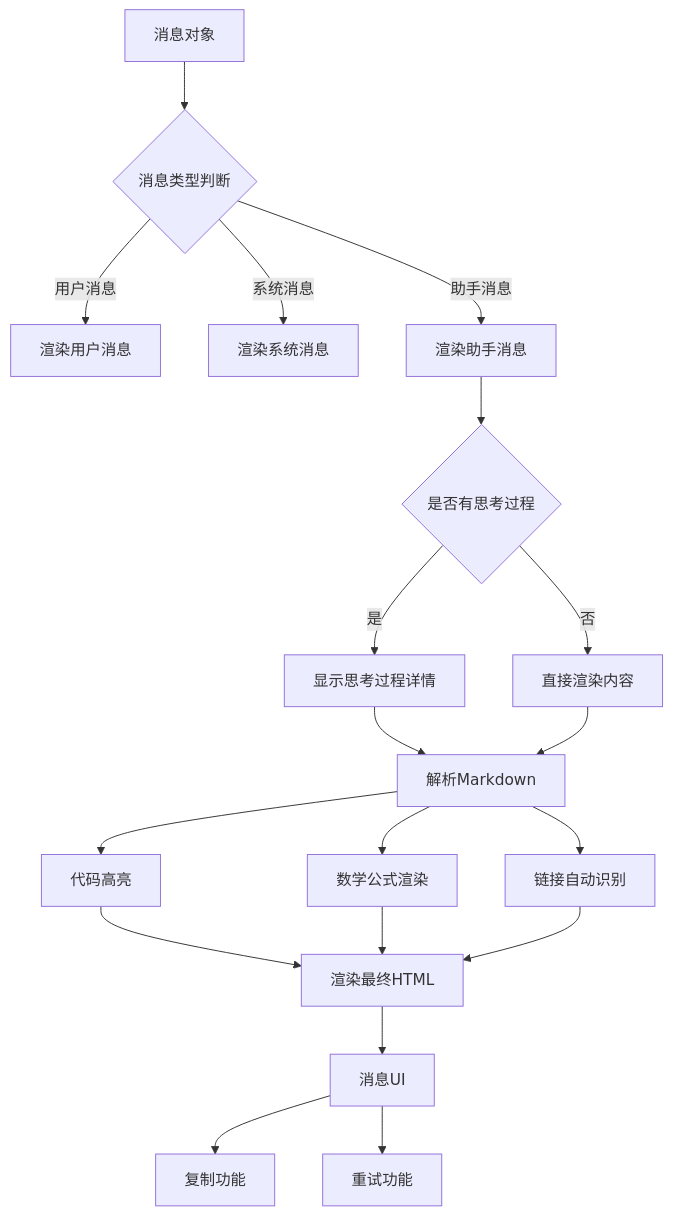
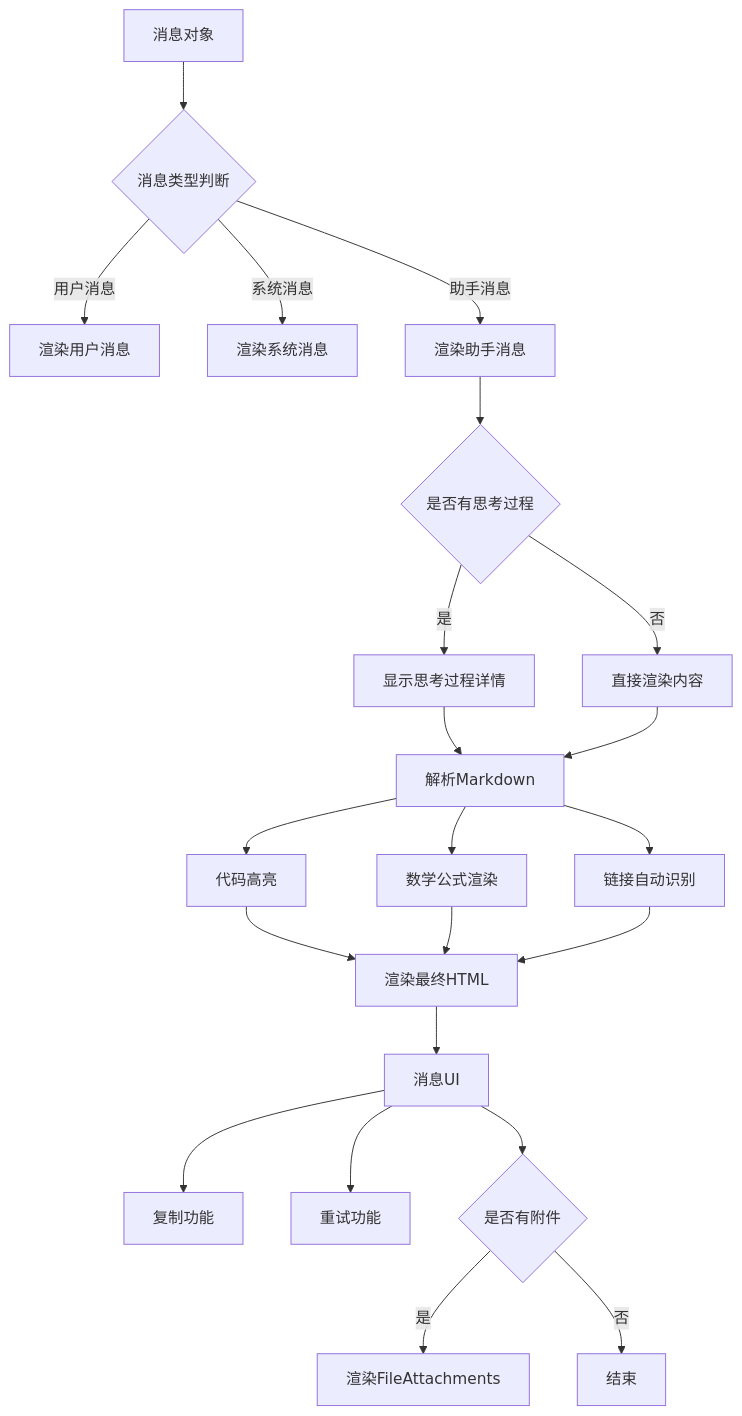
The second of 10 diagrams in .qoder/repowiki/zh/content/组件架构/MessageItem组件.md (zfyime/chat-mini), drawn with Mermaid before and after one commit. The commit also changed other lines of this file and 8 other files, not shown here.

````diff
--- a/.qoder/repowiki/zh/content/组件架构/MessageItem组件.md
+++ b/.qoder/repowiki/zh/content/组件架构/MessageItem组件.md
@@ -69,21 +85,24 @@
 ```mermaid
 graph TB
 A[消息对象] --> B{消息类型判断}
 B --> |用户消息| C[渲染用户消息]
 B --> |系统消息| D[渲染系统消息]
 B --> |助手消息| E[渲染助手消息]
 E --> F{是否有思考过程}
 F --> |是| G[显示思考过程详情]
 F --> |否| H[直接渲染内容]
 G --> I[解析Markdown]
 H --> I
 I --> J[代码高亮]
 I --> K[数学公式渲染]
 I --> L[链接自动识别]
 J --> M[渲染最终HTML]
 K --> M
 L --> M
 M --> N[消息UI]
 N --> O[复制功能]
 N --> P[重试功能]
+N --> Q{是否有附件}
+Q --> |是| R[渲染FileAttachments]
+Q --> |否| S[结束]
 ```
````
